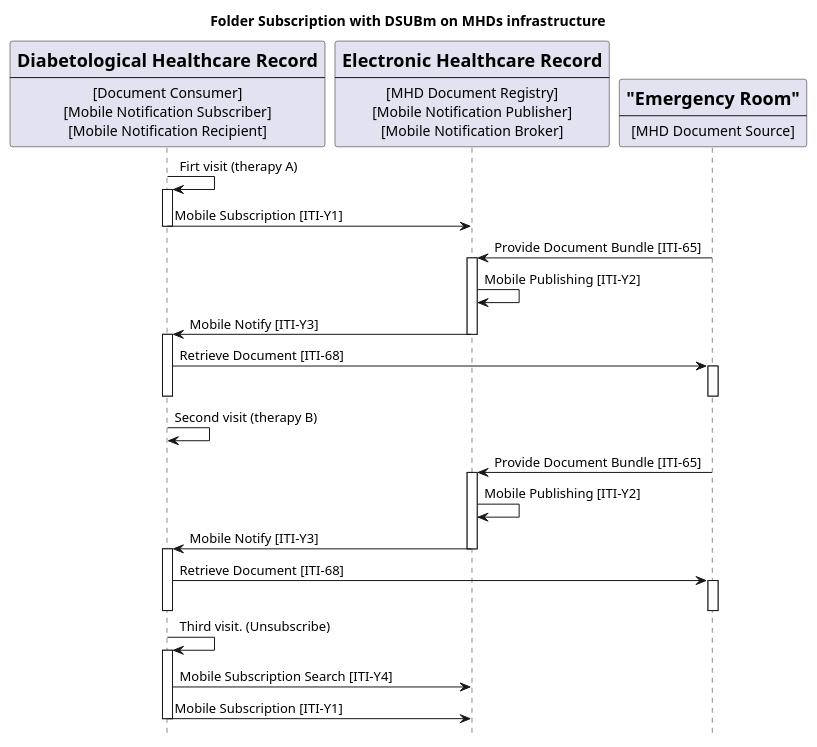
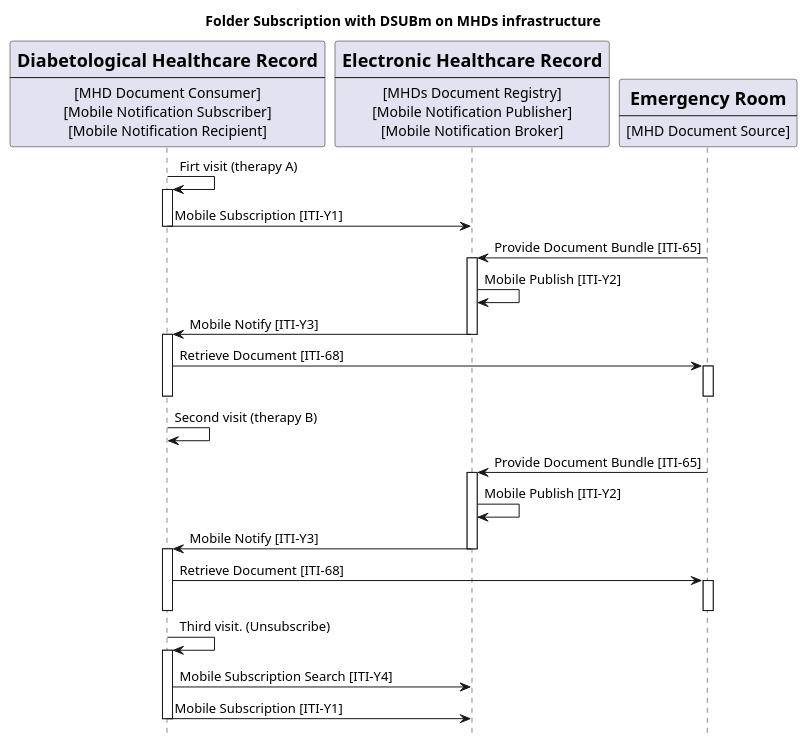
Before and after one commit to IHE/ITI.DSUBm: the diagram in input/images-source/usecase2-processflow.plantuml, drawn with PlantUML. The commit also changed 9 other files, not shown here.

```diff
--- a/input/images-source/usecase2-processflow.plantuml
+++ b/input/images-source/usecase2-processflow.plantuml
@@ -1,70 +1,70 @@
 @startuml
 skinparam svgDimensionStyle false
 hide footbox
 title "Folder Subscription with DSUBm on MHDs infrastructure" 
 
 participant DHR [
     = Diabetological Healthcare Record
     ----
-    [Document Consumer]
+    [MHD Document Consumer]
     [Mobile Notification Subscriber]
     [Mobile Notification Recipient]
 ] 
 
 
 
 participant Central [
     =Electronic Healthcare Record
     ----
-    [MHD Document Registry]
+    [MHDs Document Registry]
     [Mobile Notification Publisher]
     [Mobile Notification Broker]
 ] 
 
 participant ER [
-    ="Emergency Room"
+    =Emergency Room
     ----
     [MHD Document Source]
 ] 
 
 
 
 
 DHR -> DHR: Firt visit (therapy A)
 activate DHR
 DHR -> Central:  Mobile Subscription [ITI-Y1]
 deactivate DHR
 
 ER->Central:  Provide Document Bundle [ITI-65]
 activate Central 
-Central -> Central: Mobile Publishing [ITI-Y2]
+Central -> Central: Mobile Publish [ITI-Y2]
 Central -> DHR: Mobile Notify [ITI-Y3]
 deactivate Central
 activate DHR
 
 DHR -> ER: Retrieve Document [ITI-68]
 activate ER
 deactivate ER
 deactivate DHR 
 
 DHR -> DHR: Second visit (therapy B)
 
 ER->Central:  Provide Document Bundle [ITI-65]
 activate Central 
-Central -> Central: Mobile Publishing [ITI-Y2]
+Central -> Central: Mobile Publish [ITI-Y2]
 Central -> DHR: Mobile Notify [ITI-Y3]
 deactivate Central
 activate DHR
 
 DHR -> ER: Retrieve Document [ITI-68]
 activate ER
 deactivate ER
 deactivate DHR 
 
 DHR -> DHR: Third visit. (Unsubscribe)
 activate DHR
 DHR -> Central: Mobile Subscription Search [ITI-Y4]
 DHR -> Central: Mobile Subscription [ITI-Y1]	
 deactivate DHR
 
 @enduml
```
